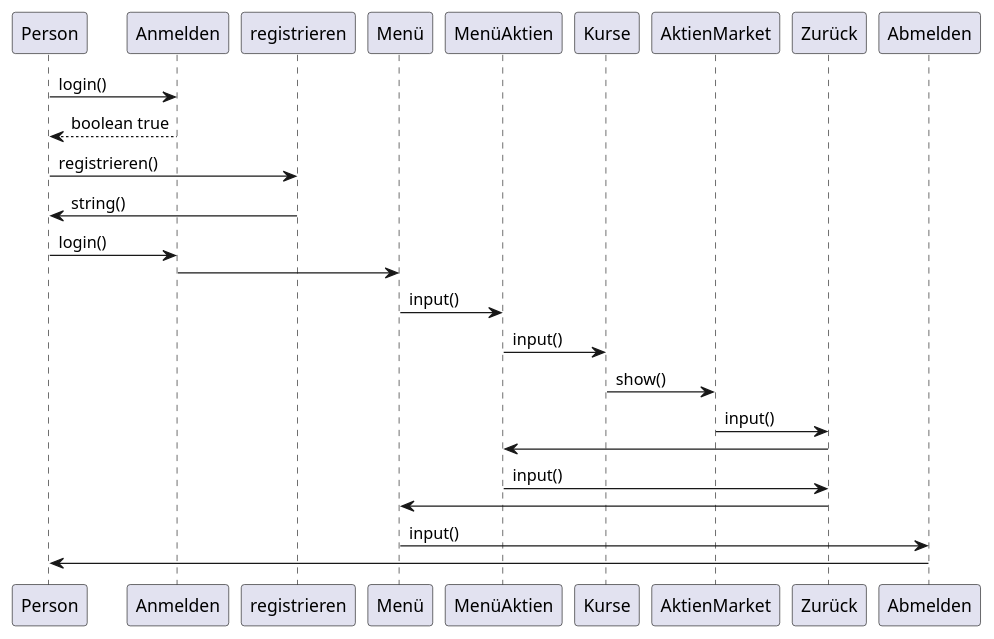
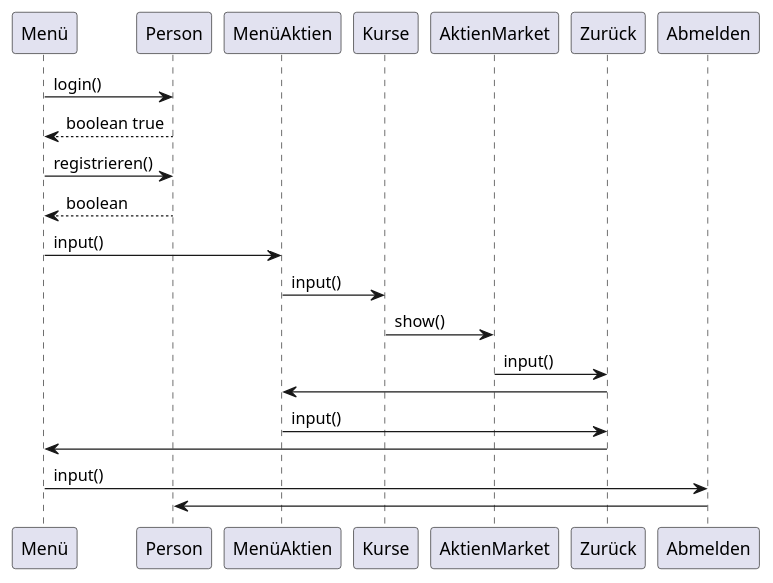
Before and after one commit to TimRoffel1337/Verwaltungssoftware_Team_1: the third of 4 diagrams in Docs/Pflichtenheft/Diagramm/SequenzDiagramm.iuml, drawn with PlantUML.

Commit message:
created Branch

```diff
--- a/Docs/Pflichtenheft/Diagramm/SequenzDiagramm.iuml
+++ b/Docs/Pflichtenheft/Diagramm/SequenzDiagramm.iuml
@@ -62,19 +62,17 @@
 @startuml
 
-Person -> Anmelden :login()
-Anmelden --> Person : boolean true
-Person -> registrieren :registrieren()
-registrieren -> Person :string() 
-Person -> Anmelden  :login()
-Anmelden -> Menü 
+Menü -> Person : login()
+Person --> Menü : boolean true
+Menü -> Person : registrieren()
+Person --> Menü : boolean
 Menü -> MenüAktien: input()
 MenüAktien -> Kurse: input()
 Kurse -> AktienMarket : show()
 AktienMarket -> Zurück: input()
 Zurück -> MenüAktien:
 MenüAktien -> Zurück: input()
 Zurück -> Menü
 Menü -> Abmelden: input()
 Abmelden -> Person  
 
 @enduml
```
